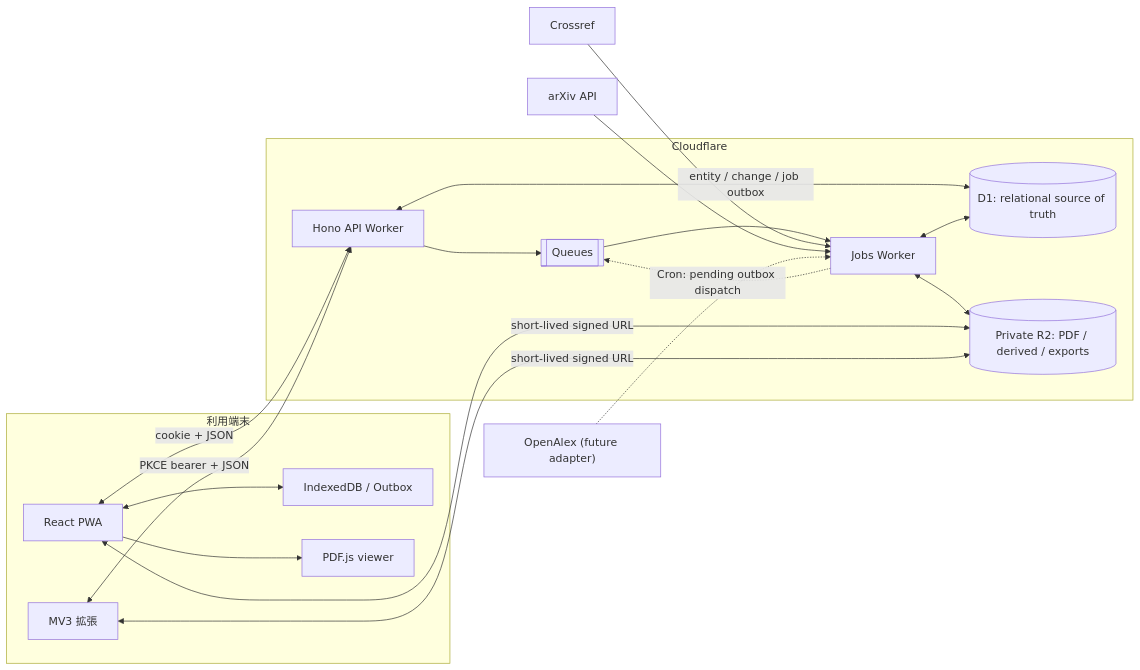
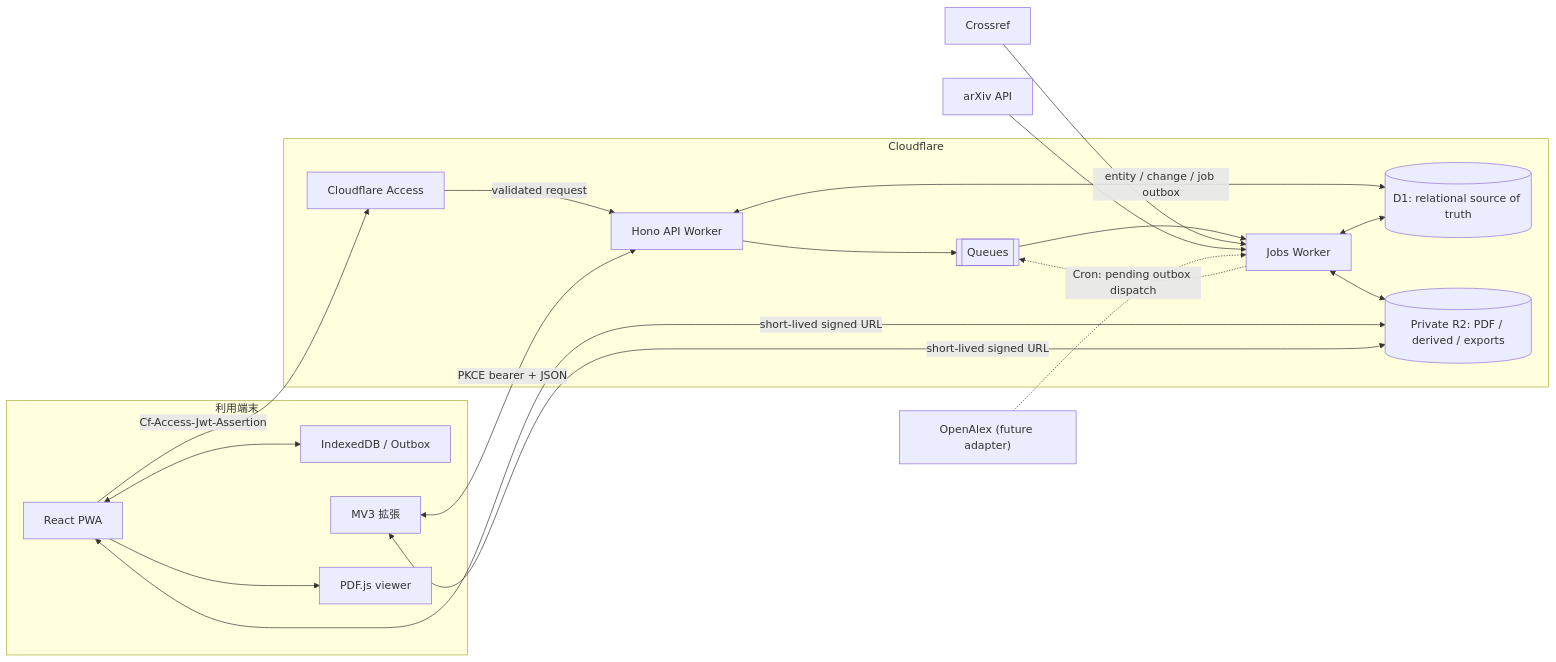
Before and after one commit to toufu-24/Citera: the first of 5 diagrams in docs/architecture.md, drawn with Mermaid. The commit also changed other lines of this file and 28 other files, not shown here.

````diff
--- a/docs/architecture.md
+++ b/docs/architecture.md
@@ -7,34 +7,36 @@
 ```mermaid
 flowchart LR
   subgraph Client["利用端末"]
     Web["React PWA"]
     IDB["IndexedDB / Outbox"]
     Ext["MV3 拡張"]
     PDFJS["PDF.js viewer"]
     Web <--> IDB
     Web --> PDFJS
   end
 
   subgraph CF["Cloudflare"]
+    Access["Cloudflare Access"]
     API["Hono API Worker"]
     D1[("D1: relational source of truth")]
     R2[("Private R2: PDF / derived / exports")]
     Q[["Queues"]]
     Jobs["Jobs Worker"]
     API <-->|"entity / change / job outbox"| D1
     API --> Q
     Q --> Jobs
     Jobs <--> D1
     Jobs -.->|"Cron: pending outbox dispatch"| Q
     Jobs <--> R2
   end
 
-  Web <-->|"cookie + JSON"| API
+  Web -->|"Cf-Access-Jwt-Assertion"| Access
+  Access -->|"validated request"| API
   Ext <-->|"PKCE bearer + JSON"| API
   Web <-->|"short-lived signed URL"| R2
   Ext <-->|"short-lived signed URL"| R2
 
   Crossref["Crossref"] --> Jobs
   Arxiv["arXiv API"] --> Jobs
   OpenAlex["OpenAlex (future adapter)"] -.-> Jobs
 ```
````
